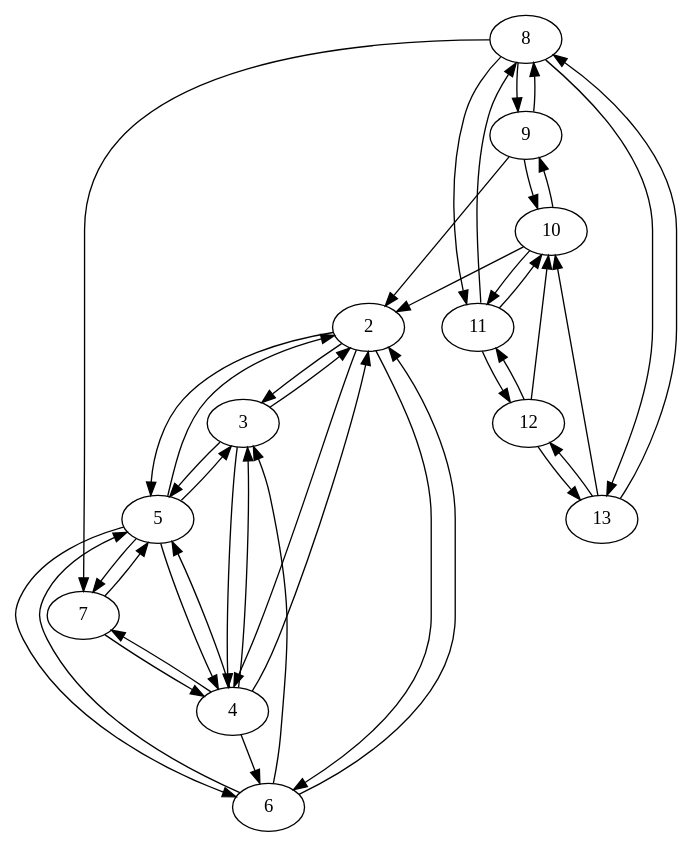
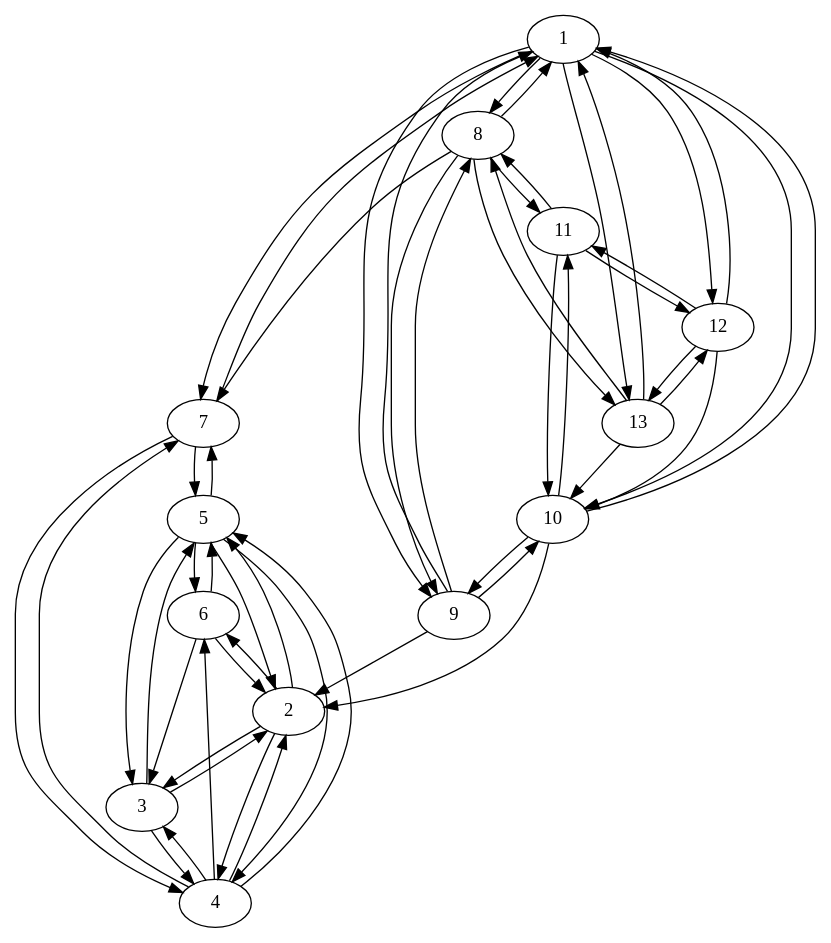
The diagram in tidder-rails/network.dot (TimoSci/tidder), drawn with Graphviz before and after one commit. The commit also changed 10 other files, not shown here.

Commit message:
dijstra shortest path finder for explicit graph

```diff
--- a/tidder-rails/network.dot
+++ b/tidder-rails/network.dot
@@ -1,43 +1,55 @@
 digraph {
+  1 -> 7;
+  1 -> 8;
+  1 -> 9;
+  1 -> 10;
+  1 -> 12;
+  1 -> 13;
   2 -> 3;
   2 -> 4;
   2 -> 5;
   2 -> 6;
   3 -> 4;
   3 -> 5;
   3 -> 2;
   4 -> 2;
   4 -> 3;
   4 -> 7;
   4 -> 5;
   4 -> 6;
   5 -> 6;
   5 -> 2;
   5 -> 3;
   5 -> 4;
   5 -> 7;
   6 -> 2;
   6 -> 3;
   6 -> 5;
   7 -> 5;
   7 -> 4;
+  7 -> 1;
   8 -> 7;
   8 -> 9;
   8 -> 11;
   8 -> 13;
+  8 -> 1;
   9 -> 10;
   9 -> 2;
+  9 -> 1;
   9 -> 8;
   10 -> 11;
   10 -> 2;
+  10 -> 1;
   10 -> 9;
   11 -> 12;
   11 -> 8;
   11 -> 10;
   12 -> 13;
+  12 -> 1;
   12 -> 10;
   12 -> 11;
+  13 -> 1;
   13 -> 8;
   13 -> 10;
   13 -> 12;
 }
```
